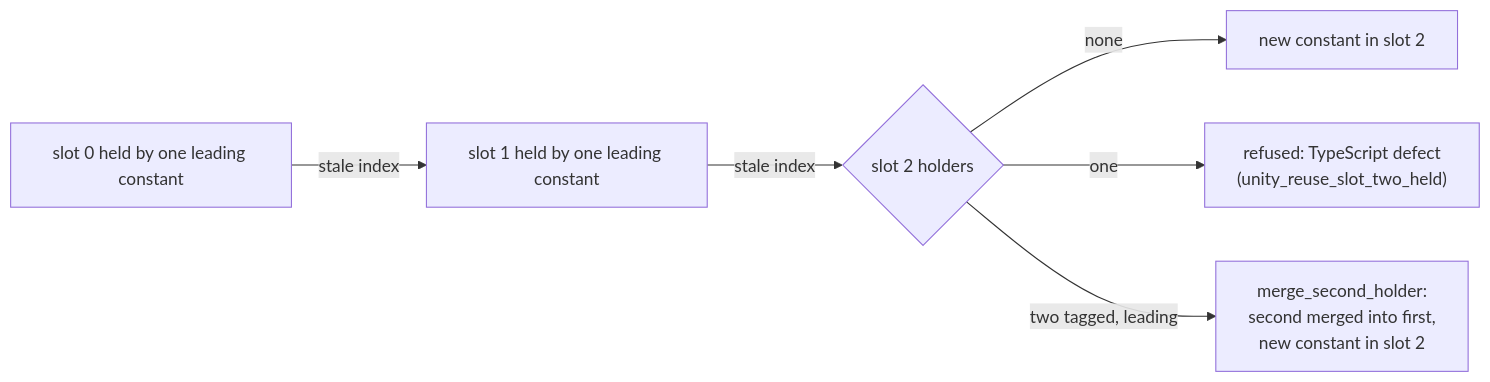
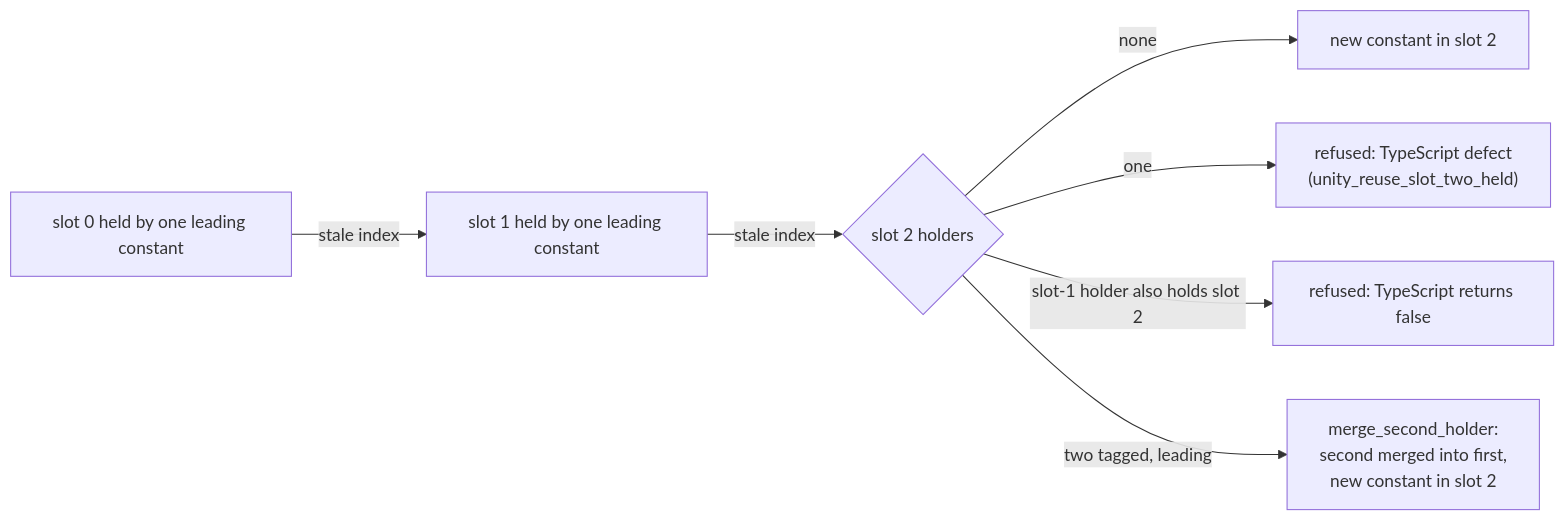
The diagram in docs/archive/pr-summaries/pr-summary-778.md (stSoftwareAU/NEAT-AI-core), drawn with Mermaid before and after one commit. The commit also changed other lines of this file and 3 other files, not shown here.

````diff
--- a/docs/archive/pr-summaries/pr-summary-778.md
+++ b/docs/archive/pr-summaries/pr-summary-778.md
@@ -65,8 +73,9 @@
 ```mermaid
 flowchart LR
     S0["slot 0 held by one leading constant"] -->|"stale index"| S1["slot 1 held by one leading constant"]
     S1 -->|"stale index"| S2{"slot 2 holders"}
     S2 -->|"none"| N["new constant in slot 2"]
     S2 -->|"one"| R["refused: TypeScript defect<br/>(unity_reuse_slot_two_held)"]
+    S2 -->|"slot-1 holder also holds slot 2"| B["refused: TypeScript returns false"]
     S2 -->|"two tagged, leading"| M["merge_second_holder:<br/>second merged into first,<br/>new constant in slot 2"]
 ```
````
